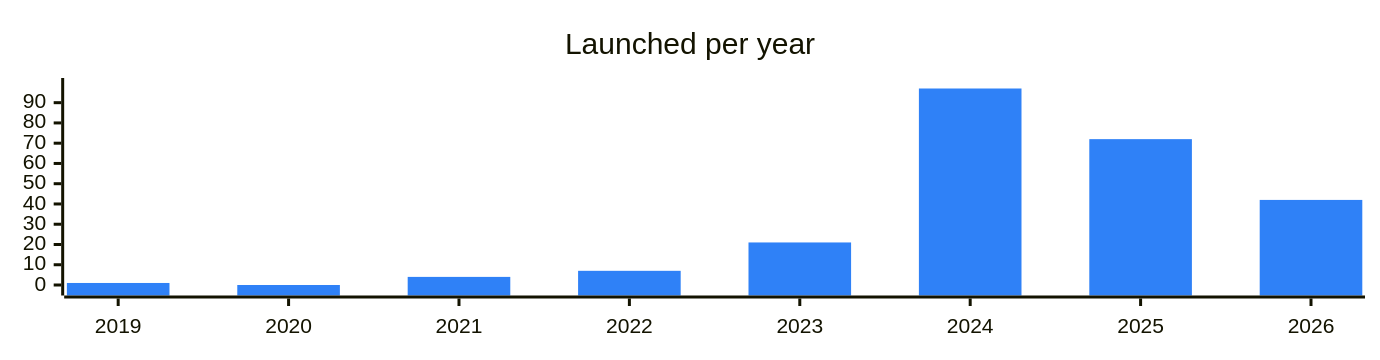
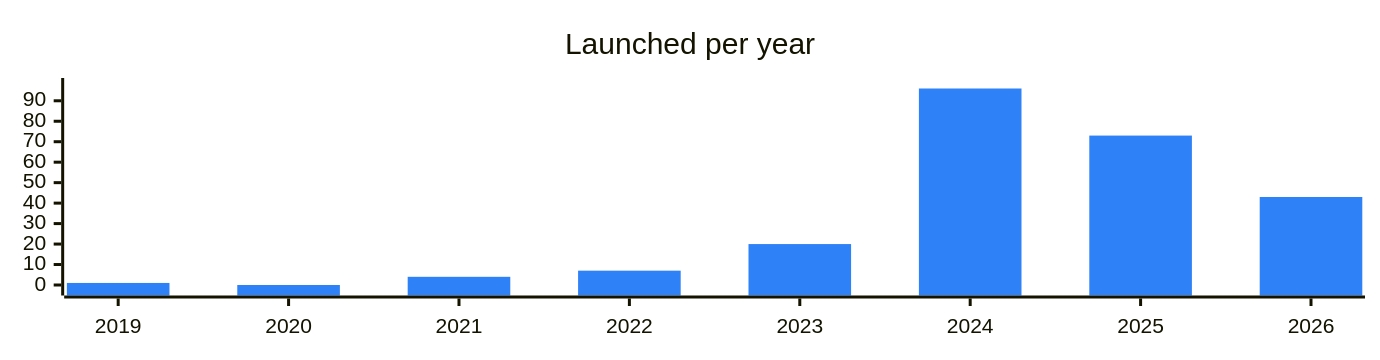
One commit to vitalikgpt/gram-ecosystem changed the diagram in categories/gambling.md. Above: the diagram before and after it, drawn with Mermaid. The commit also changed other lines of this file and 71 other files, not shown here.

````diff
--- a/categories/gambling.md
+++ b/categories/gambling.md
@@ -7,7 +7,7 @@
 ```mermaid
 %%{init: {"xyChart": {"width": 900, "height": 220}, "themeVariables": {"xyChart": {"plotColorPalette": "#2f81f7"}}}}%%
 xychart-beta
   title "Launched per year"
   x-axis ["2019", "2020", "2021", "2022", "2023", "2024", "2025", "2026"]
-  bar [1, 0, 4, 7, 21, 97, 72, 42]
+  bar [1, 0, 4, 7, 20, 96, 73, 43]
 ```
````
